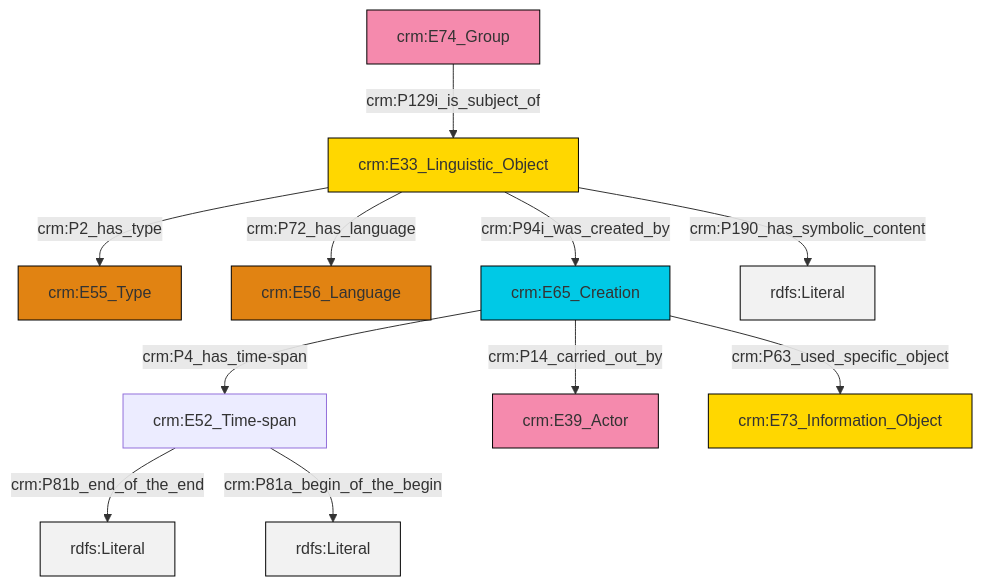
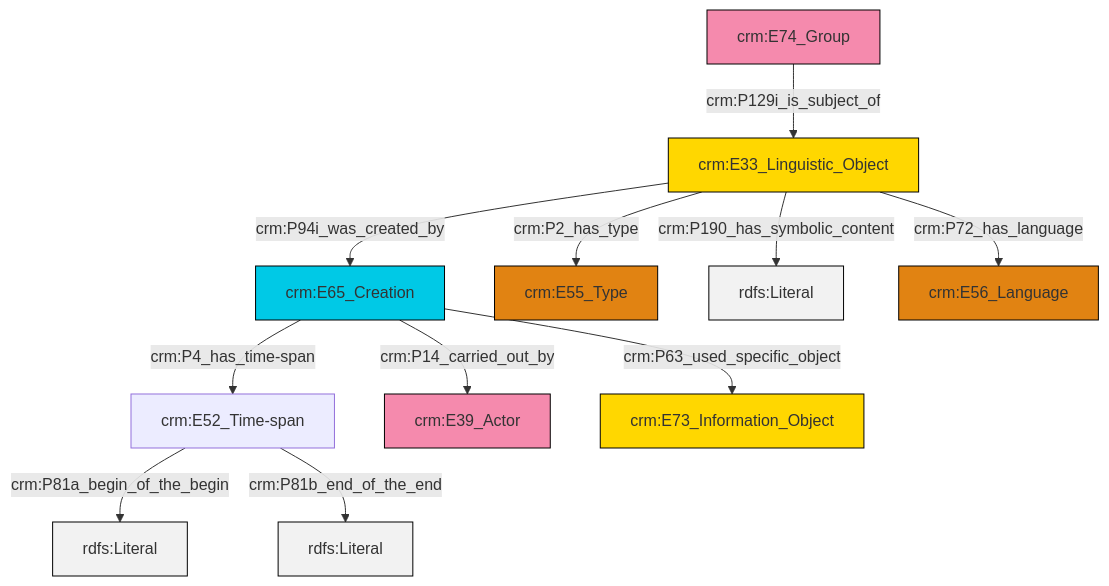
The diagram in et/groupCSV/ttl/mmd/group_description.ttl.mmd (swiss-art-research-net/docs.swissartresearch), drawn with Mermaid before and after one commit. The commit also changed 184 other files, not shown here.

```diff
--- a/et/groupCSV/ttl/mmd/group_description.ttl.mmd
+++ b/et/groupCSV/ttl/mmd/group_description.ttl.mmd
@@ -1,25 +1,25 @@
 graph TD
 classDef Literal fill:#f2f2f2,stroke:#000000;
 classDef CRM_Entity fill:#FFFFFF,stroke:#000000;
 classDef Temporal_Entity fill:#00C9E6, stroke:#000000;
 classDef Type fill:#E18312, stroke:#000000;
 classDef Time-Span fill:#2C9C91, stroke:#000000;
 classDef Appellation fill:#FFEB7F, stroke:#000000;
 classDef Place fill:#008836, stroke:#000000;
 classDef Persistent_Item fill:#B266B2, stroke:#000000;
 classDef Conceptual_Object fill:#FFD700, stroke:#000000;
 classDef Physical_Thing fill:#D2B48C, stroke:#000000;
 classDef Actor fill:#f58aad, stroke:#000000;
 classDef PC_Classes fill:#4ce600, stroke:#000000;
 classDef Multi fill:#cccccc,stroke:#000000;
 
-2["crm:E74_Group"]:::Actor -->|crm:P129i_is_subject_of| 3["crm:E33_Linguistic_Object"]:::Conceptual_Object
-3["crm:E33_Linguistic_Object"]:::Conceptual_Object -->|crm:P72_has_language| 6["crm:E56_Language"]:::Type
-0["crm:E52_Time-span"]:::Default -->|crm:P81b_end_of_the_end| 8[rdfs:Literal]:::Literal
-9["crm:E65_Creation"]:::Temporal_Entity -->|crm:P4_has_time-span| 0["crm:E52_Time-span"]:::Default
-0["crm:E52_Time-span"]:::Default -->|crm:P81a_begin_of_the_begin| 12[rdfs:Literal]:::Literal
-3["crm:E33_Linguistic_Object"]:::Conceptual_Object -->|crm:P2_has_type| 4["crm:E55_Type"]:::Type
-3["crm:E33_Linguistic_Object"]:::Conceptual_Object -->|crm:P190_has_symbolic_content| 13[rdfs:Literal]:::Literal
-9["crm:E65_Creation"]:::Temporal_Entity -->|crm:P14_carried_out_by| 15["crm:E39_Actor"]:::Actor
-3["crm:E33_Linguistic_Object"]:::Conceptual_Object -->|crm:P94i_was_created_by| 9["crm:E65_Creation"]:::Temporal_Entity
-9["crm:E65_Creation"]:::Temporal_Entity -->|crm:P63_used_specific_object| 17["crm:E73_Information_Object"]:::Conceptual_Object
+0["crm:E65_Creation"]:::Temporal_Entity -->|crm:P4_has_time-span| 1["crm:E52_Time-span"]:::Default
+4["crm:E33_Linguistic_Object"]:::Conceptual_Object -->|crm:P2_has_type| 2["crm:E55_Type"]:::Type
+6["crm:E74_Group"]:::Actor -->|crm:P129i_is_subject_of| 4["crm:E33_Linguistic_Object"]:::Conceptual_Object
+0["crm:E65_Creation"]:::Temporal_Entity -->|crm:P14_carried_out_by| 10["crm:E39_Actor"]:::Actor
+1["crm:E52_Time-span"]:::Default -->|crm:P81a_begin_of_the_begin| 11[rdfs:Literal]:::Literal
+4["crm:E33_Linguistic_Object"]:::Conceptual_Object -->|crm:P190_has_symbolic_content| 12[rdfs:Literal]:::Literal
+1["crm:E52_Time-span"]:::Default -->|crm:P81b_end_of_the_end| 13[rdfs:Literal]:::Literal
+4["crm:E33_Linguistic_Object"]:::Conceptual_Object -->|crm:P72_has_language| 17["crm:E56_Language"]:::Type
+0["crm:E65_Creation"]:::Temporal_Entity -->|crm:P63_used_specific_object| 15["crm:E73_Information_Object"]:::Conceptual_Object
+4["crm:E33_Linguistic_Object"]:::Conceptual_Object -->|crm:P94i_was_created_by| 0["crm:E65_Creation"]:::Temporal_Entity
```
